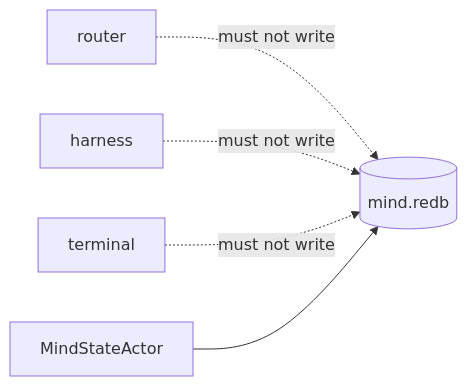
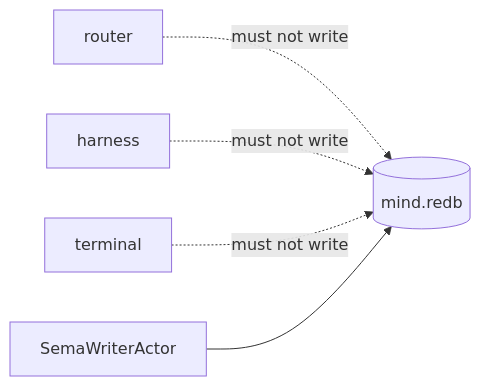
One commit to LiGoldragon/primary changed the third of 24 diagrams in reports/operator/101-persona-mind-full-architecture-proposal.md. Above: the diagram before and after it, drawn with Mermaid. The commit also changed other lines of this file, not shown here.

Commit message:
expand persona-mind actor architecture visuals

````diff
--- a/reports/operator/101-persona-mind-full-architecture-proposal.md
+++ b/reports/operator/101-persona-mind-full-architecture-proposal.md
@@ -78,7 +80,7 @@
 ```mermaid
 flowchart LR
     bad1["router"] -. must not write .-> db[("mind.redb")]
     bad2["harness"] -. must not write .-> db
     bad3["terminal"] -. must not write .-> db
-    good["MindStateActor"] --> db
+    good["SemaWriterActor"] --> db
 ```
````
